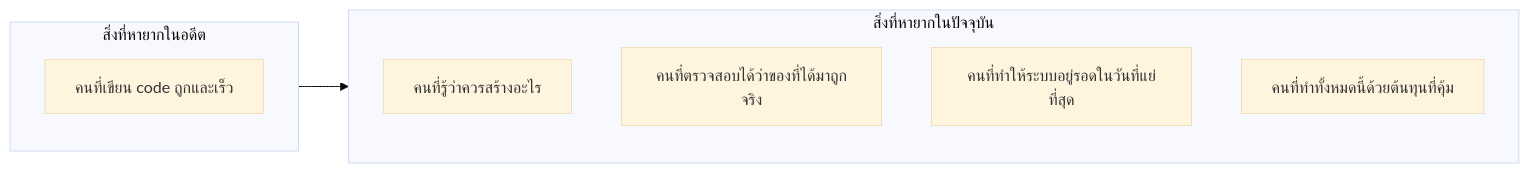
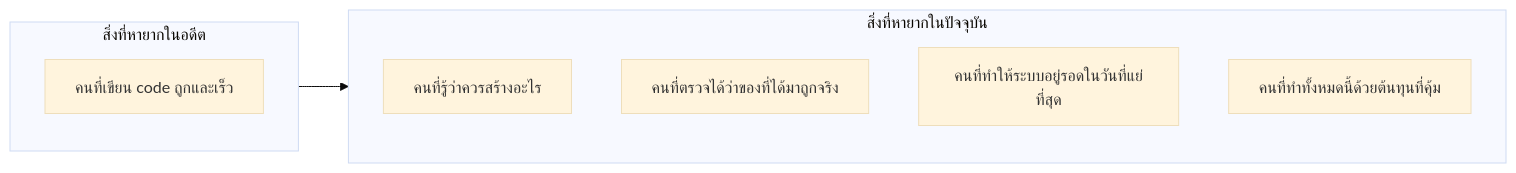
The first of 14 diagrams in readings/07-modern-software-engineer.md (CE-SDPX/SDPX-AI), drawn with Mermaid (base theme) before and after one commit. The commit also changed other lines of this file and 6 other files, not shown here.

````diff
--- a/readings/07-modern-software-engineer.md
+++ b/readings/07-modern-software-engineer.md
@@ -52,13 +51,13 @@
 ```mermaid
 flowchart LR
     subgraph old["สิ่งที่หายากในอดีต"]
         O1["คนที่เขียน code ถูกและเร็ว"]
     end
     subgraph new["สิ่งที่หายากในปัจจุบัน"]
         N1["คนที่รู้ว่าควรสร้างอะไร"]
-        N2["คนที่ตรวจสอบได้ว่าของที่ได้มาถูกจริง"]
+        N2["คนที่ตรวจได้ว่าของที่ได้มาถูกจริง"]
         N3["คนที่ทำให้ระบบอยู่รอดในวันที่แย่ที่สุด"]
         N4["คนที่ทำทั้งหมดนี้ด้วยต้นทุนที่คุ้ม"]
     end
     old --> new
 ```
````
